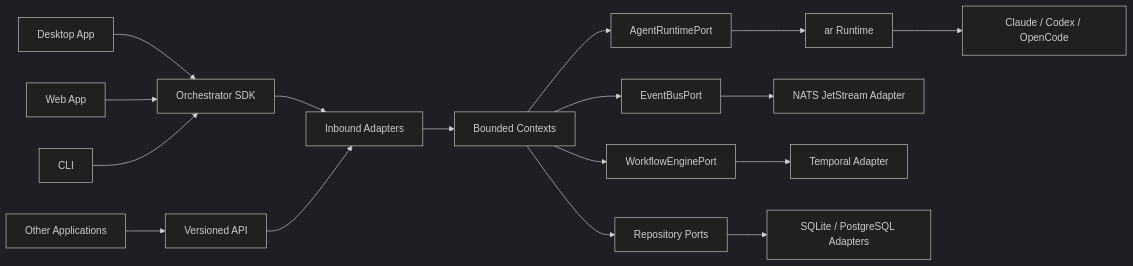
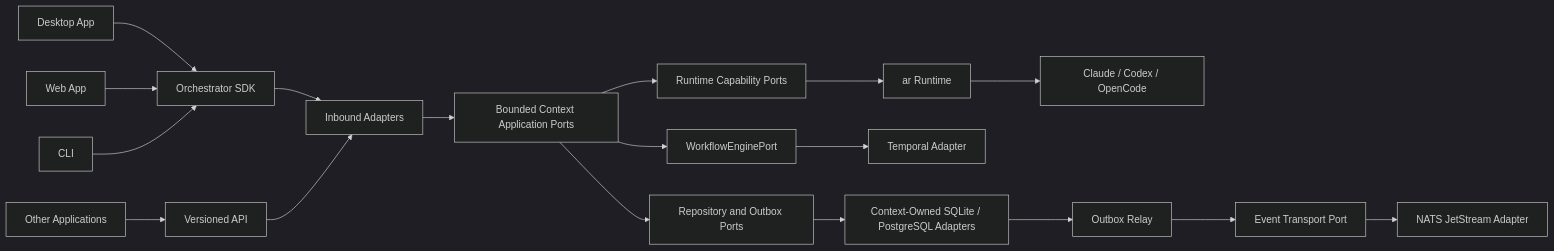
One commit to agent-teams-ai/agent-teams-orchestrator changed the diagram in docs/architecture/overview.md. Above: the diagram before and after it, drawn with Mermaid (dark theme). The commit also changed other lines of this file and 16 other files, not shown here.

Commit message:
docs(architecture): harden context and dependency boundaries

````diff
--- a/docs/architecture/overview.md
+++ b/docs/architecture/overview.md
@@ -36,27 +36,28 @@
 ```mermaid
 flowchart LR
     Desktop["Desktop App"]
     Web["Web App"]
     CLI["CLI"]
     External["Other Applications"]
 
     Desktop --> SDK["Orchestrator SDK"]
     Web --> SDK
     CLI --> SDK
     External --> API["Versioned API"]
 
     SDK --> Inbound["Inbound Adapters"]
     API --> Inbound
-    Inbound --> Contexts["Bounded Contexts"]
+    Inbound --> Contexts["Bounded Context Application Ports"]
 
-    Contexts --> RuntimePort["AgentRuntimePort"]
-    Contexts --> EventPort["EventBusPort"]
+    Contexts --> RuntimePort["Runtime Capability Ports"]
     Contexts --> WorkflowPort["WorkflowEnginePort"]
-    Contexts --> RepositoryPorts["Repository Ports"]
+    Contexts --> PersistencePorts["Repository and Outbox Ports"]
 
     RuntimePort --> AR["ar Runtime"]
     AR --> Providers["Claude / Codex / OpenCode"]
+    WorkflowPort --> Temporal["Temporal Adapter"]
+    PersistencePorts --> Storage["Context-Owned SQLite / PostgreSQL Adapters"]
+    Storage --> Relay["Outbox Relay"]
+    Relay --> EventPort["Event Transport Port"]
     EventPort --> NATS["NATS JetStream Adapter"]
-    WorkflowPort --> Temporal["Temporal Adapter"]
-    RepositoryPorts --> Storage["SQLite / PostgreSQL Adapters"]
 ```
````
